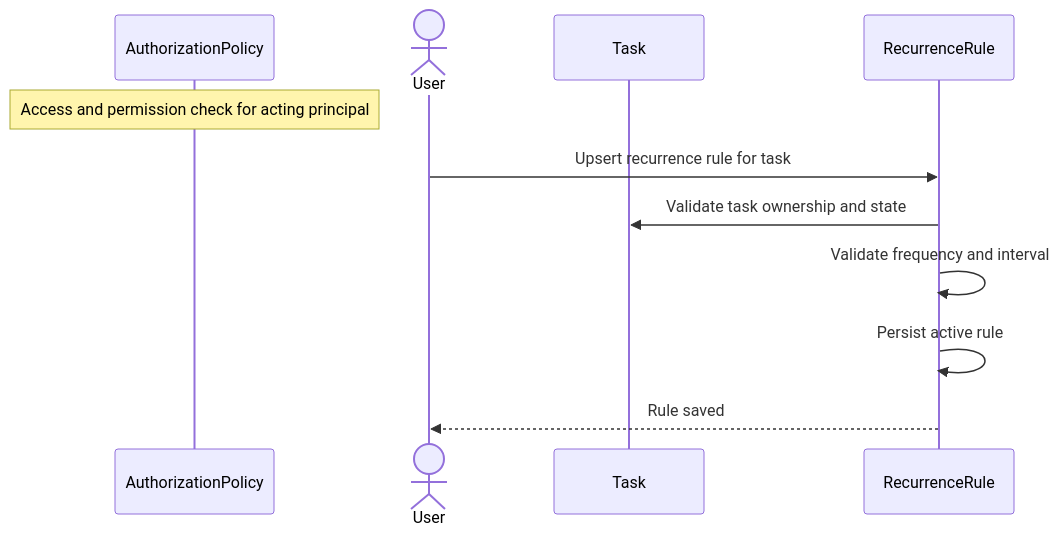
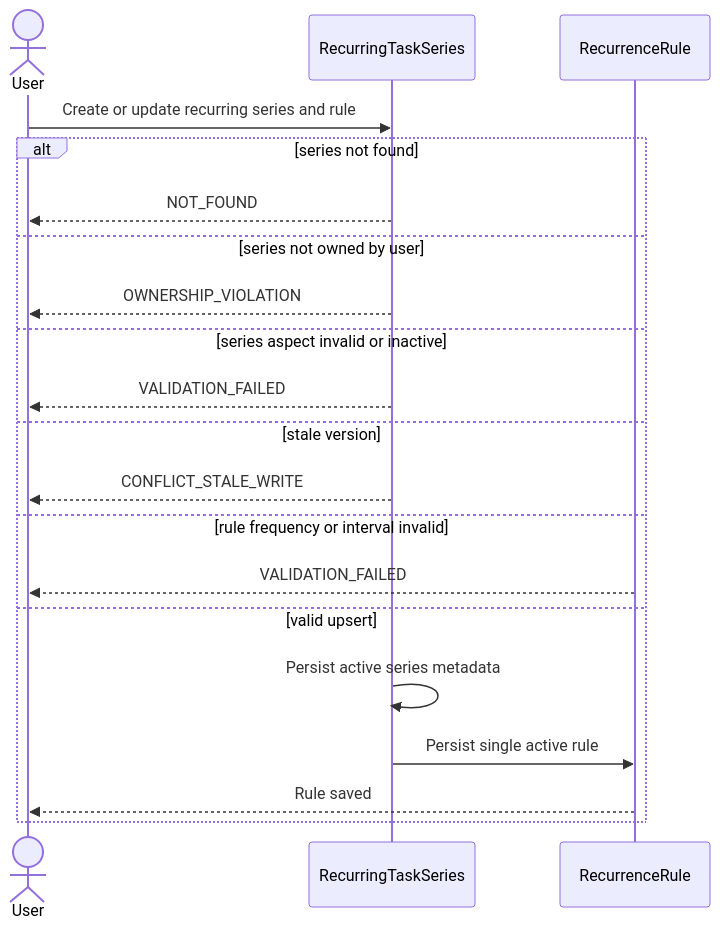
Before and after one commit to ChidiRnweke/margin: diagram 12 of 15 in architecture/sequence-diagrams/03-tasks-recurrence.md, drawn with Mermaid. The commit also changed other lines of this file and 12 other files, not shown here.

Commit message:
Enhance sequence diagrams and introduce traceability matrix

````diff
--- a/architecture/sequence-diagrams/03-tasks-recurrence.md
+++ b/architecture/sequence-diagrams/03-tasks-recurrence.md
@@ -198,13 +284,22 @@
 ```mermaid
 sequenceDiagram
-    participant G as AuthorizationPolicy
-    Note over G: Access and permission check for acting principal
     actor U as User
-    participant T as Task
+    participant S as RecurringTaskSeries
     participant C as RecurrenceRule
-    U->>C: Upsert recurrence rule for task
-    C->>T: Validate task ownership and state
-    C->>C: Validate frequency and interval
-    C->>C: Persist active rule
-    C-->>U: Rule saved
+    U->>S: Create or update recurring series and rule
+    alt series not found
+        S-->>U: NOT_FOUND
+    else series not owned by user
+        S-->>U: OWNERSHIP_VIOLATION
+    else series aspect invalid or inactive
+        S-->>U: VALIDATION_FAILED
+    else stale version
+        S-->>U: CONFLICT_STALE_WRITE
+    else rule frequency or interval invalid
+        C-->>U: VALIDATION_FAILED
+    else valid upsert
+        S->>S: Persist active series metadata
+        S->>C: Persist single active rule
+        C-->>U: Rule saved
+    end
 ```
````
